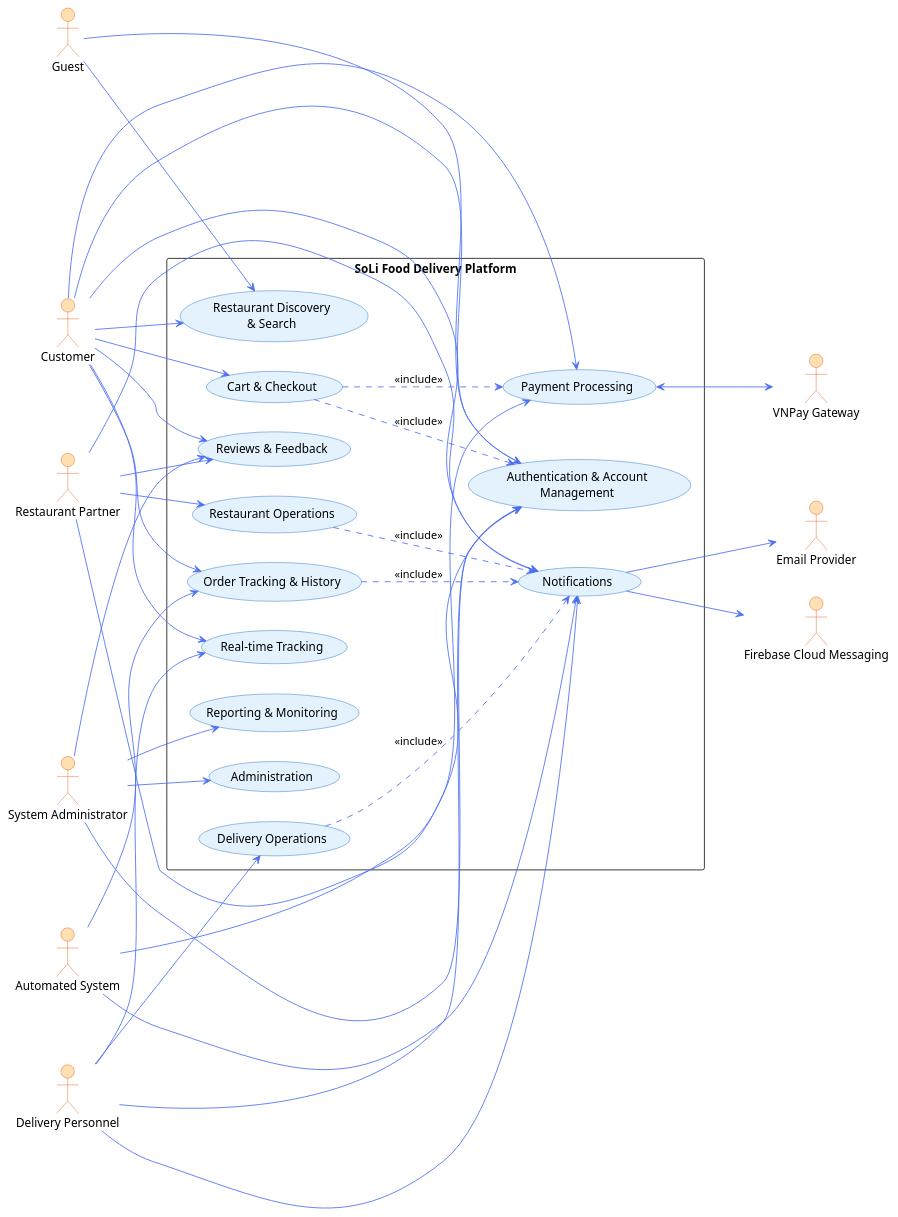
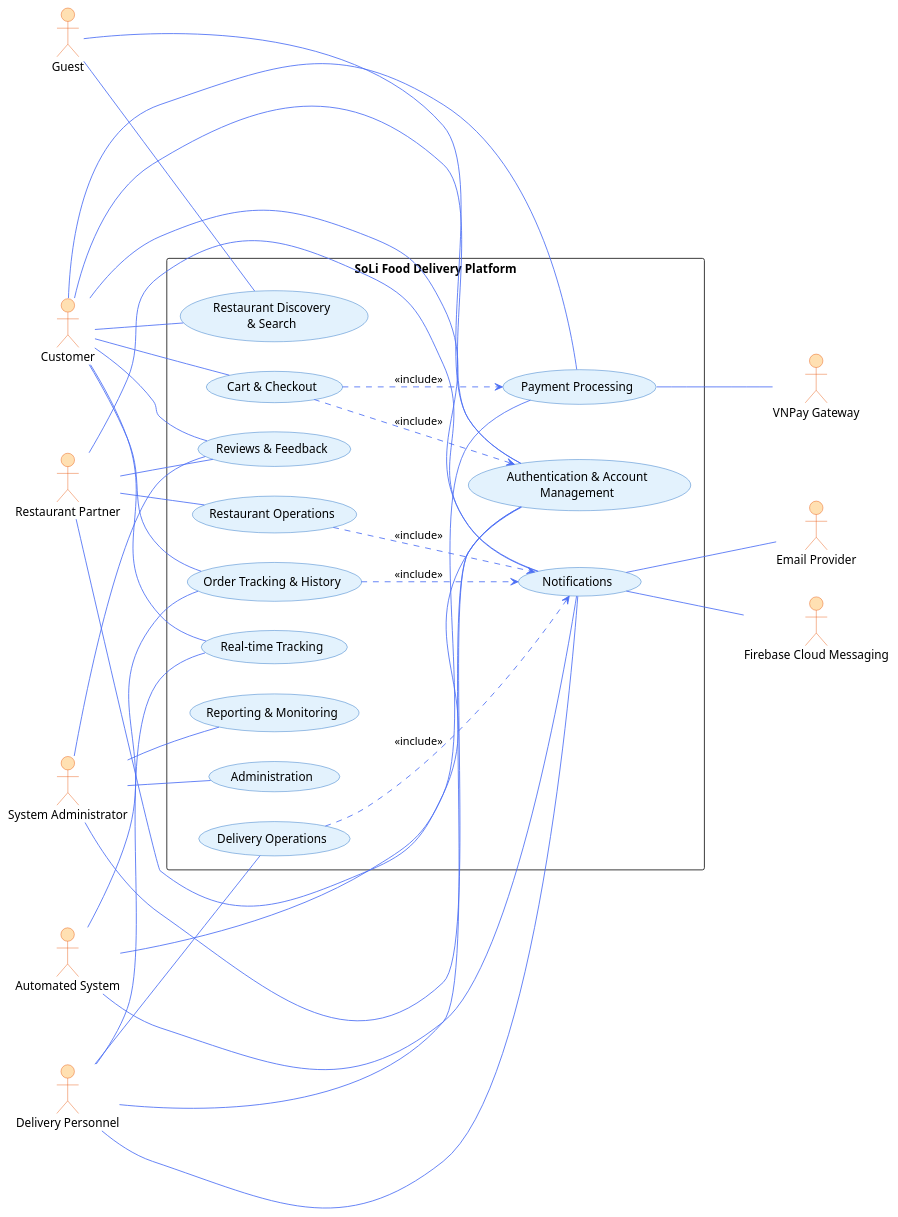
One commit to luubinhdeptrai/Food_Delivery changed the first of 13 diagrams in apps/api/docs/Final_Documents/USE_CASE_SPECIFICATION.md. Above: the diagram before and after it, drawn with PlantUML. The commit also changed other lines of this file, not shown here.

````diff
--- a/apps/api/docs/Final_Documents/USE_CASE_SPECIFICATION.md
+++ b/apps/api/docs/Final_Documents/USE_CASE_SPECIFICATION.md
@@ -114,81 +114,81 @@
 ```plantuml
 @startuml SystemOverview
 left to right direction
 skinparam packageStyle rectangle
 skinparam shadowing false
 skinparam ArrowColor #4C6EF5
 skinparam usecase {
   BackgroundColor #E3F2FD
   BorderColor #1565C0
 }
 skinparam actor {
   BackgroundColor #FFE0B2
   BorderColor #E65100
 }
 
 actor "Guest" as Guest
 actor "Customer" as Customer
 actor "Restaurant Partner" as Restaurant
 actor "Delivery Personnel" as Shipper
 actor "System Administrator" as Admin
 actor "Automated System" as SystemActor
 actor "VNPay Gateway" as VNPay
 actor "Firebase Cloud Messaging" as FCM
 actor "Email Provider" as Email
 
 rectangle "SoLi Food Delivery Platform" {
   usecase "Authentication & Account\nManagement" as DOM_AUTH
   usecase "Restaurant Discovery\n& Search" as DOM_DISC
   usecase "Cart & Checkout" as DOM_CART
   usecase "Payment Processing" as DOM_PAY
   usecase "Order Tracking & History" as DOM_ORD
   usecase "Restaurant Operations" as DOM_REST
   usecase "Delivery Operations" as DOM_SHIP
   usecase "Notifications" as DOM_NOTIF
   usecase "Reviews & Feedback" as DOM_REV
   usecase "Administration" as DOM_ADMIN
   usecase "Real-time Tracking" as DOM_TRACK
   usecase "Reporting & Monitoring" as DOM_RPT
 }
 
-Guest --> DOM_AUTH
-Guest --> DOM_DISC
-Customer --> DOM_AUTH
-Customer --> DOM_DISC
-Customer --> DOM_CART
-Customer --> DOM_PAY
-Customer --> DOM_ORD
-Customer --> DOM_TRACK
-Customer --> DOM_REV
-Customer --> DOM_NOTIF
+Guest -- DOM_AUTH
+Guest -- DOM_DISC
+Customer -- DOM_AUTH
+Customer -- DOM_DISC
+Customer -- DOM_CART
+Customer -- DOM_PAY
+Customer -- DOM_ORD
+Customer -- DOM_TRACK
+Customer -- DOM_REV
+Customer -- DOM_NOTIF
 
-Restaurant --> DOM_AUTH
-Restaurant --> DOM_REST
-Restaurant --> DOM_NOTIF
-Restaurant --> DOM_REV
+Restaurant -- DOM_AUTH
+Restaurant -- DOM_REST
+Restaurant -- DOM_NOTIF
+Restaurant -- DOM_REV
 
-Shipper --> DOM_AUTH
-Shipper --> DOM_SHIP
-Shipper --> DOM_NOTIF
-Shipper --> DOM_TRACK
+Shipper -- DOM_AUTH
+Shipper -- DOM_SHIP
+Shipper -- DOM_NOTIF
+Shipper -- DOM_TRACK
 
-Admin --> DOM_AUTH
-Admin --> DOM_ADMIN
-Admin --> DOM_RPT
-Admin --> DOM_REV
+Admin -- DOM_AUTH
+Admin -- DOM_ADMIN
+Admin -- DOM_RPT
+Admin -- DOM_REV
 
 DOM_CART ..> DOM_AUTH : <<include>>
 DOM_CART ..> DOM_PAY : <<include>>
 DOM_ORD ..> DOM_NOTIF : <<include>>
 DOM_REST ..> DOM_NOTIF : <<include>>
 DOM_SHIP ..> DOM_NOTIF : <<include>>
 
-SystemActor --> DOM_PAY
-SystemActor --> DOM_ORD
-SystemActor --> DOM_NOTIF
+SystemActor -- DOM_PAY
+SystemActor -- DOM_ORD
+SystemActor -- DOM_NOTIF
 
-DOM_PAY <--> VNPay
-DOM_NOTIF --> FCM
-DOM_NOTIF --> Email
+DOM_PAY -- VNPay
+DOM_NOTIF -- FCM
+DOM_NOTIF -- Email
 @enduml
 ```
````
